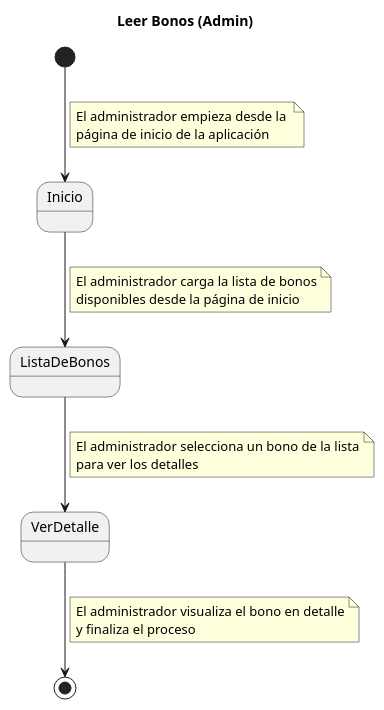
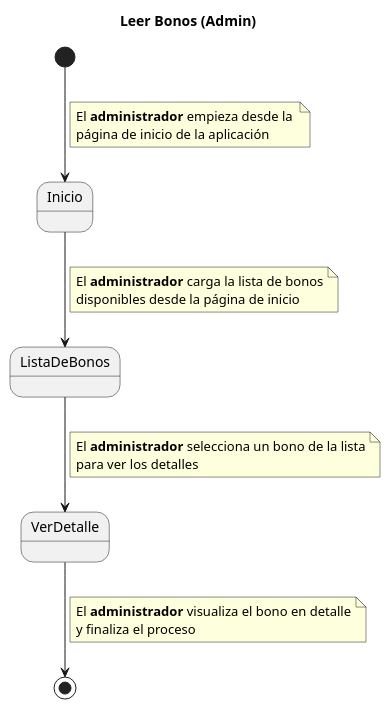
The diagram in CasosDeUso/CduDetallados/CduBonos/LeerBonos.puml (pablarce/23-24-IdSw1-SDR), drawn with PlantUML before and after one commit. The commit also changed 7 other files, not shown here.

```diff
--- a/CasosDeUso/CduDetallados/CduBonos/LeerBonos.puml
+++ b/CasosDeUso/CduDetallados/CduBonos/LeerBonos.puml
@@ -1,28 +1,28 @@
 @startuml
 title Leer Bonos (Admin)
 
 [*] --> Inicio
 note right on link
-El administrador empieza desde la 
+El **administrador** empieza desde la 
 página de inicio de la aplicación
 end note
 
 Inicio --> ListaDeBonos
 note right on link
-El administrador carga la lista de bonos
+El **administrador** carga la lista de bonos
 disponibles desde la página de inicio
 end note
 
 ListaDeBonos --> VerDetalle
 note right on link
-El administrador selecciona un bono de la lista
+El **administrador** selecciona un bono de la lista
 para ver los detalles
 end note
 
 VerDetalle --> [*]
 note right on link
-El administrador visualiza el bono en detalle
+El **administrador** visualiza el bono en detalle
 y finaliza el proceso
 end note
 
 @enduml
```
